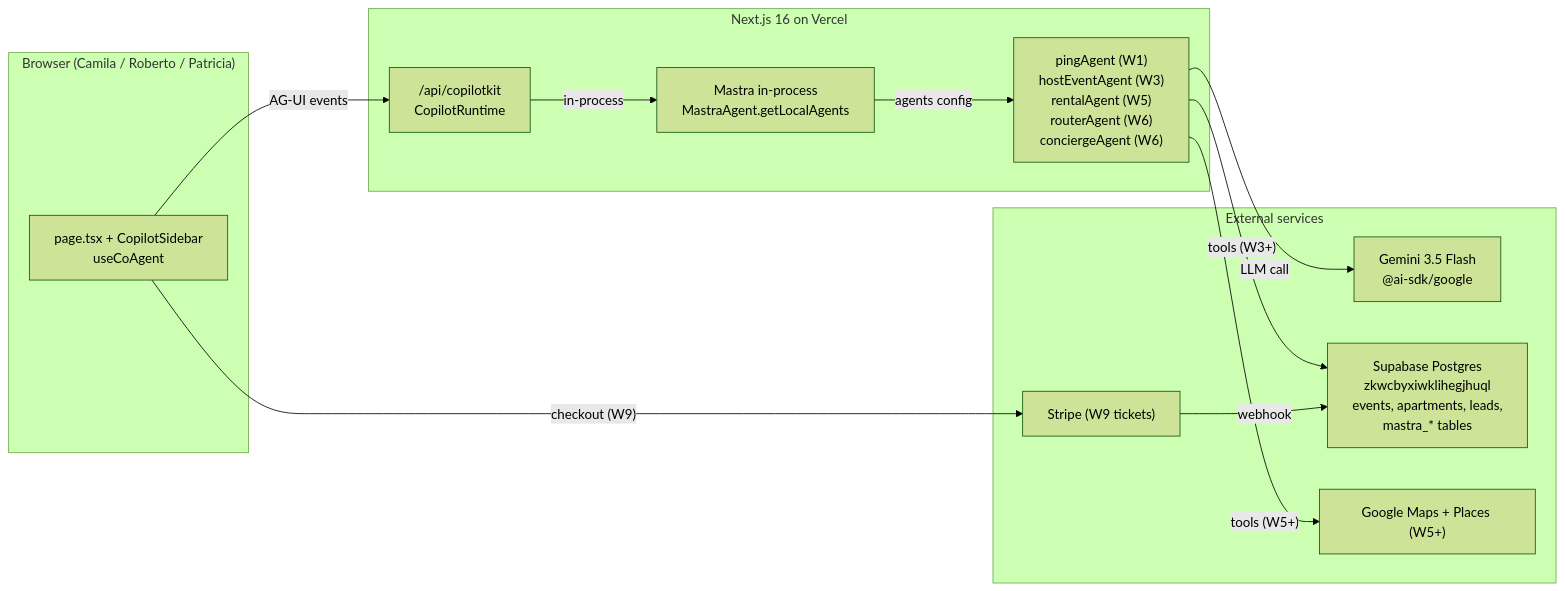
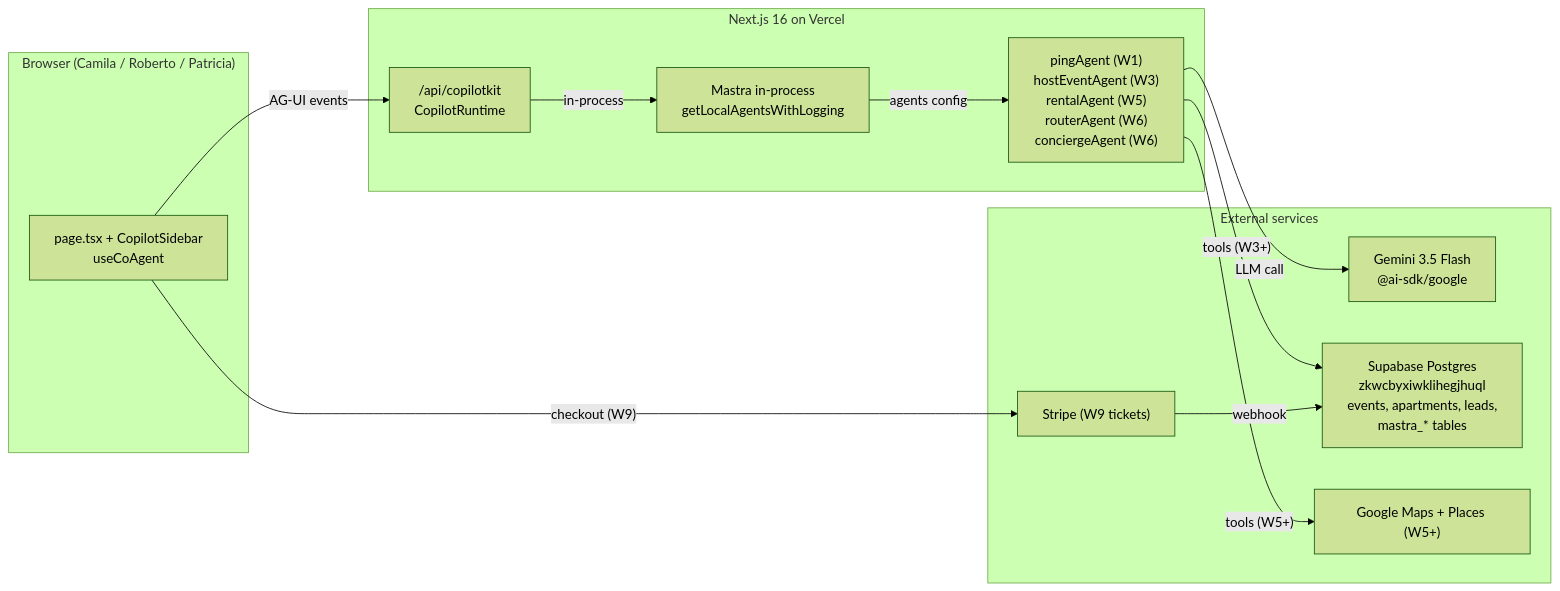
Before and after one commit to amo-tech-ai/mdeapp: the diagram in docs/ARCHITECTURE.md, drawn with Mermaid (forest theme). The commit also changed 7 other files, not shown here.

````diff
--- a/docs/ARCHITECTURE.md
+++ b/docs/ARCHITECTURE.md
@@ -11,25 +11,25 @@
 ```mermaid
 flowchart LR
     subgraph Browser["Browser (Camila / Roberto / Patricia)"]
         UI["page.tsx + CopilotSidebar<br/>useCoAgent<MdeState>"]
     end
     subgraph Vercel["Next.js 16 on Vercel"]
         Route["/api/copilotkit<br/>CopilotRuntime"]
-        Mastra["Mastra in-process<br/>MastraAgent.getLocalAgents"]
+        Mastra["Mastra in-process<br/>getLocalAgentsWithLogging"]
         Agents["pingAgent (W1)<br/>hostEventAgent (W3)<br/>rentalAgent (W5)<br/>routerAgent (W6)<br/>conciergeAgent (W6)"]
     end
     subgraph External["External services"]
         Gemini["Gemini 3.5 Flash<br/>@ai-sdk/google"]
         Supabase["Supabase Postgres<br/>zkwcbyxiwklihegjhuql<br/>events, apartments, leads,<br/>mastra_* tables"]
         Maps["Google Maps + Places (W5+)"]
         Stripe["Stripe (W9 tickets)"]
     end
     UI -->|"AG-UI events"| Route
     Route -->|"in-process"| Mastra
     Mastra -->|"agents config"| Agents
     Agents -->|"LLM call"| Gemini
     Agents -->|"tools (W3+)"| Supabase
     Agents -->|"tools (W5+)"| Maps
     UI -->|"checkout (W9)"| Stripe
     Stripe -->|"webhook"| Supabase
 ```
````
